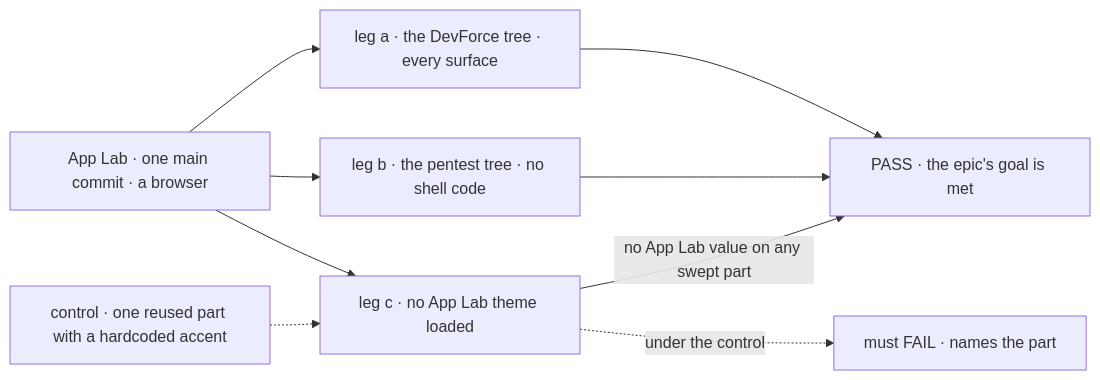
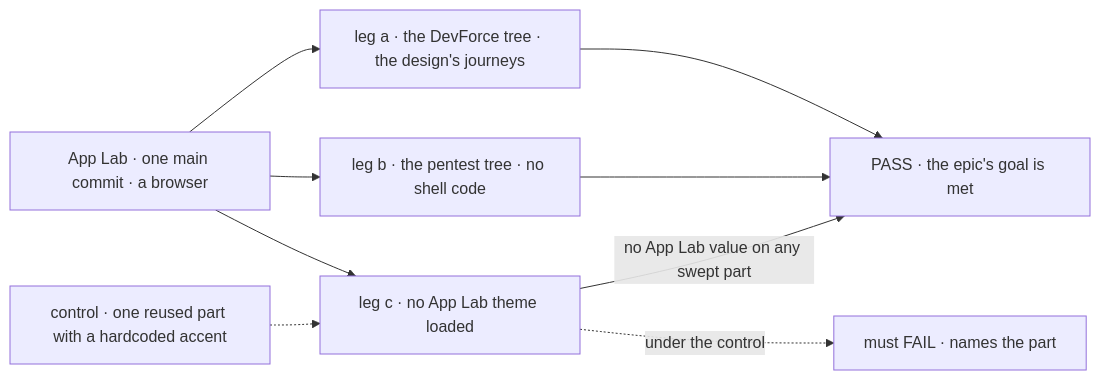
The first of 2 diagrams in specs/epics/FIX-1649/SPEC.md (fixpoint-labs/flow-state-dev), drawn with Mermaid before and after one commit. The commit also changed other lines of this file and 14 other files, not shown here.

First line of the commit message:
spec(epic): fold Claude Design hand-back v1 into the App Lab shell epic (FIX-1649)

````diff
--- a/specs/epics/FIX-1649/SPEC.md
+++ b/specs/epics/FIX-1649/SPEC.md
@@ -37,11 +38,11 @@
 ```mermaid
 flowchart LR
-  A["App Lab · one main commit · a browser"] --> L1["leg a · the DevForce tree · every surface"]
+  A["App Lab · one main commit · a browser"] --> L1["leg a · the DevForce tree · the design's journeys"]
   A --> L2["leg b · the pentest tree · no shell code"]
   A --> L3["leg c · no App Lab theme loaded"]
   L1 --> P["PASS · the epic's goal is met"]
   L2 --> P
   L3 -->|"no App Lab value on any swept part"| P
   C["control · one reused part with a hardcoded accent"] -.-> L3
   L3 -.->|"under the control"| F["must FAIL · names the part"]
 ```
````
